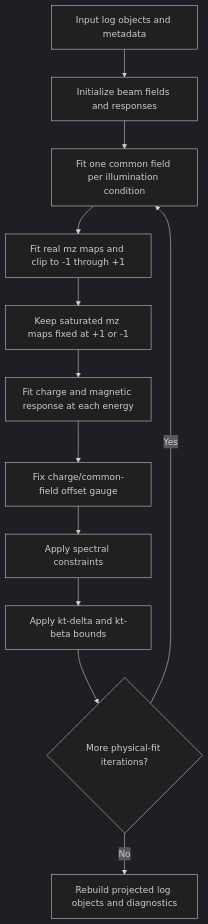
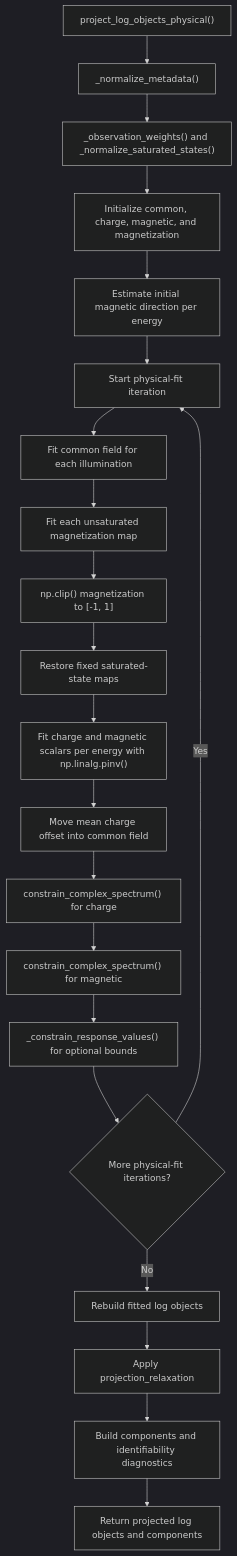
The sixth of 12 diagrams in docs/phase_retrieval_universal.md (riccbatt/FTH-Phase-Retrieval-2609-SOLEIL-SEXTANTS), drawn with Mermaid (dark theme) before and after one commit. The commit also changed other lines of this file and 45 other files, not shown here.

````diff
--- a/docs/phase_retrieval_universal.md
+++ b/docs/phase_retrieval_universal.md
@@ -480,14 +537,23 @@
 ```mermaid
 flowchart TD
-    A[Input log objects and metadata] --> B[Initialize beam fields and responses]
-    B --> C[Fit one common field per illumination condition]
-    C --> D[Fit real mz maps and clip to -1 through +1]
-    D --> E[Keep saturated mz maps fixed at +1 or -1]
-    E --> F[Fit charge and magnetic response at each energy]
-    F --> G[Fix charge/common-field offset gauge]
-    G --> H[Apply spectral constraints]
-    H --> I[Apply kt-delta and kt-beta bounds]
-    I --> J{More physical-fit iterations?}
-    J -- Yes --> C
-    J -- No --> K[Rebuild projected log objects and diagnostics]
+    A["project_log_objects_physical()"] --> B["_normalize_metadata()"]
+    B --> C["_observation_weights() and _normalize_saturated_states()"]
+    C --> D["Initialize common, charge, magnetic, and magnetization"]
+    D --> E["Estimate initial magnetic direction per energy"]
+    E --> F["Start physical-fit iteration"]
+    F --> G["Fit common field for each illumination"]
+    G --> H["Fit each unsaturated magnetization map"]
+    H --> I["np.clip() magnetization to [-1, 1]"]
+    I --> J["Restore fixed saturated-state maps"]
+    J --> K["Fit charge and magnetic scalars per energy with np.linalg.pinv()"]
+    K --> L["Move mean charge offset into common field"]
+    L --> M["constrain_complex_spectrum() for charge"]
+    M --> N["constrain_complex_spectrum() for magnetic"]
+    N --> O["_constrain_response_values() for optional bounds"]
+    O --> P{"More physical-fit iterations?"}
+    P -- Yes --> F
+    P -- No --> Q["Rebuild fitted log objects"]
+    Q --> R["Apply projection_relaxation"]
+    R --> S["Build components and identifiability diagnostics"]
+    S --> T["Return projected log objects and components"]
 ```
````
